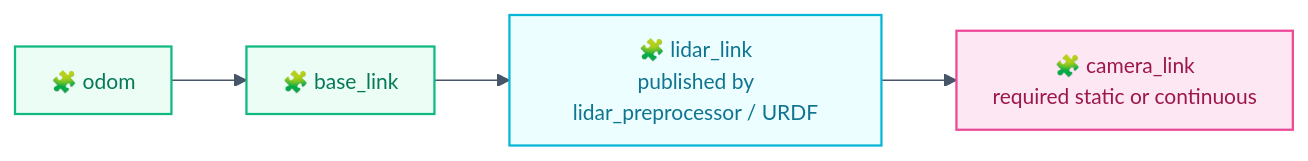
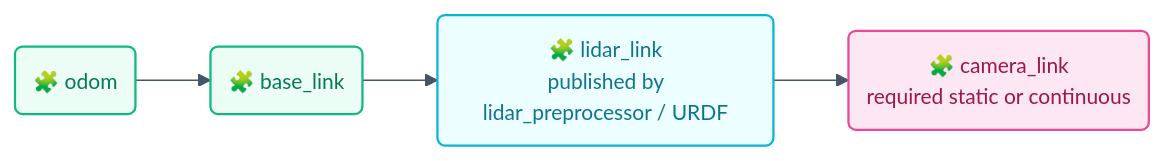
Before and after one commit to hwanhonglee/CAMROD: the third of 3 diagrams in camrod_perception/README.md, drawn with Mermaid. The commit also changed other lines of this file and 12 other files, not shown here.

First line of the commit message:
docs(v4): unified Mermaid shape convention + runtime data flow diagram

````diff
--- a/camrod_perception/README.md
+++ b/camrod_perception/README.md
@@ -148,18 +148,18 @@
 ```mermaid
 %%{init: {'theme': 'base', 'themeVariables': {'fontFamily': 'ui-sans-serif, system-ui, sans-serif', 'fontSize': '14px', 'primaryColor': '#EEF2FF', 'primaryTextColor': '#0F172A', 'primaryBorderColor': '#6366F1', 'lineColor': '#475569'}, 'flowchart': {'curve': 'basis', 'htmlLabels': true, 'padding': 12}}}%%
 graph LR
-  ODOM[🧩 odom]
-  BASE[🧩 base_link]
-  LIDAR[🧩 lidar_link\n published by lidar_preprocessor / URDF]
-  CAM[🧩 camera_link\n required static or continuous]
+  ODOM(🧩 odom)
+  BASE(🧩 base_link)
+  LIDAR(🧩 lidar_link\n published by lidar_preprocessor / URDF)
+  CAM(🧩 camera_link\n required static or continuous)
 
   ODOM --> BASE --> LIDAR --> CAM
 
   classDef localization fill:#ECFDF5,stroke:#10B981,stroke-width:1.5px,color:#047857;
   classDef sensing      fill:#ECFEFF,stroke:#06B6D4,stroke-width:1.5px,color:#0E7490;
   classDef perception   fill:#FCE7F3,stroke:#EC4899,stroke-width:1.5px,color:#9D174D;
 
   class ODOM,BASE localization
   class LIDAR sensing
   class CAM perception
 ```
````
